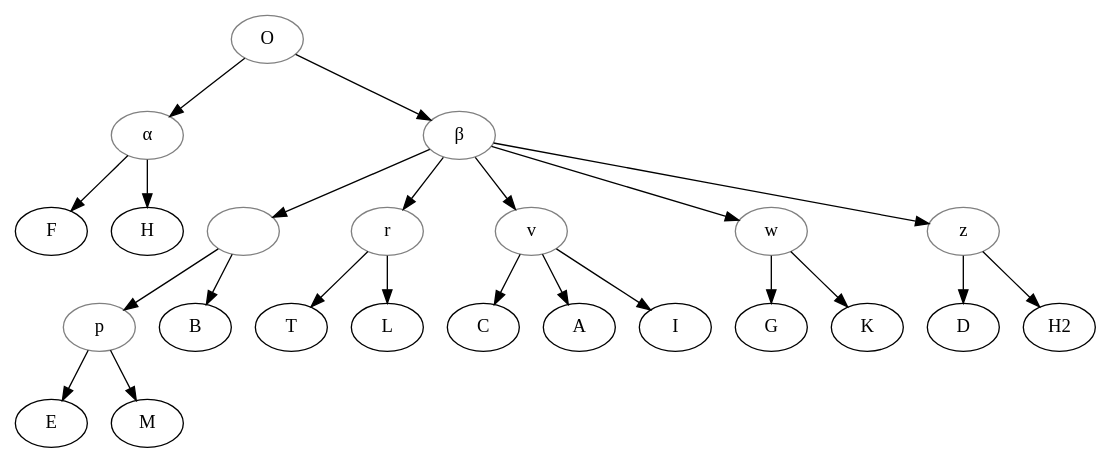
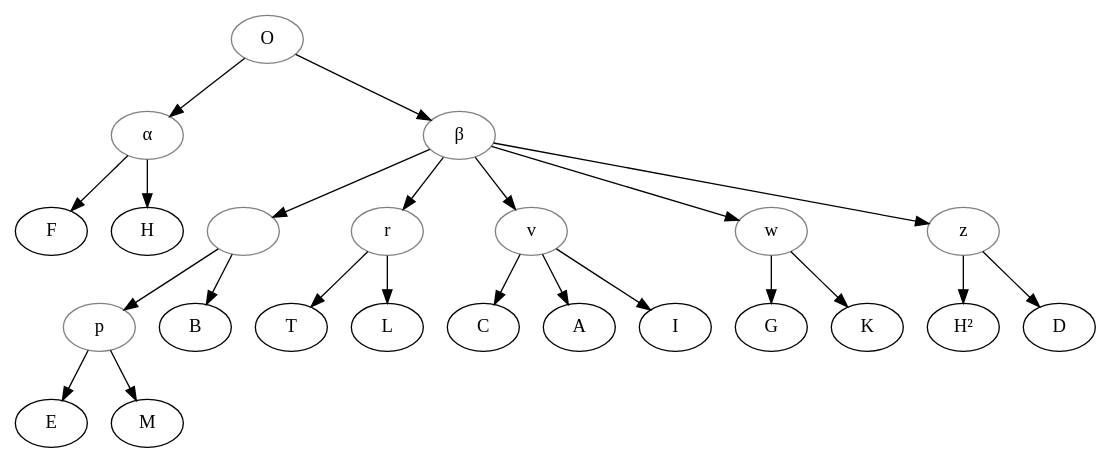
Before and after one commit to OpenStemmata/database: the diagram in data/fro/Hilka_1933_AimonVarennes-Florimont/stemma.gv, drawn with Graphviz. The commit also changed 13 other files, not shown here.

```diff
--- a/data/fro/Hilka_1933_AimonVarennes-Florimont/stemma.gv
+++ b/data/fro/Hilka_1933_AimonVarennes-Florimont/stemma.gv
@@ -1,35 +1,36 @@
 digraph {
 O[color="grey"];
 alpha[color="grey", label="α"];
 beta[color="grey", label="β"];
 1[color="grey", label=""];
 p[color="grey"];
 r[color="grey"];
 v[color="grey"];
 w[color="grey"];
 z[color="grey"];
+H2[label="H²"];
 
 O->alpha;
 alpha->F;
 alpha->H;
 O->beta;
 beta->1;
 1->B;
 1->p;
 p->E;
 p->M;
 beta->r;
 r->T;
 r->L;
 beta->v;
 v->C;
 v->A;
 v->I;
 beta->w;
 w->G;
 w->K;
 beta->z;
 z->D;
 z->H2;
 
 }
```
